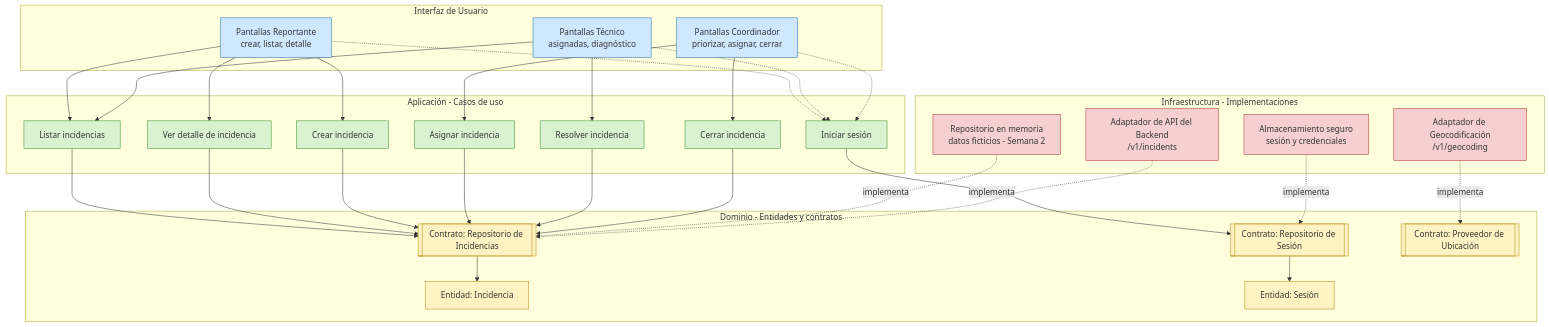
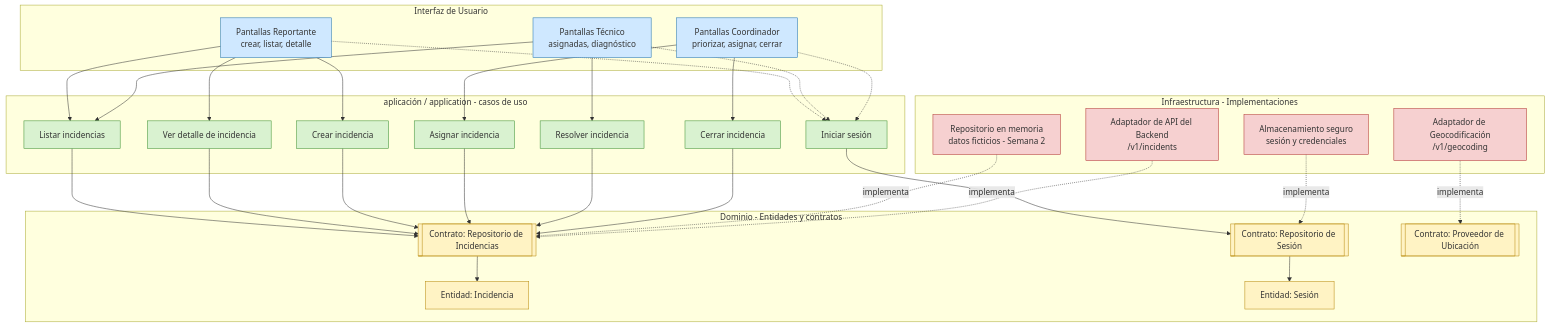
One commit to Axel-Ventura/CampusOps changed the diagram in docs/architecture.mmd. Above: the diagram before and after it, drawn with Mermaid.

Commit message:
docs(week-02): align architecture diagram with evaluator

```diff
--- a/docs/architecture.mmd
+++ b/docs/architecture.mmd
@@ -1,68 +1,68 @@
 flowchart TD
     subgraph UI["Interfaz de Usuario"]
         UI_Reportante["Pantallas Reportante<br/>crear, listar, detalle"]
         UI_Tecnico["Pantallas Técnico<br/>asignadas, diagnóstico"]
         UI_Coordinador["Pantallas Coordinador<br/>priorizar, asignar, cerrar"]
     end
 
-    subgraph APP["Aplicación - Casos de uso"]
+    subgraph app["aplicación / application - casos de uso"]
         UC_Login["Iniciar sesión"]
         UC_ListIncidents["Listar incidencias"]
         UC_GetIncidentDetail["Ver detalle de incidencia"]
         UC_CreateIncident["Crear incidencia"]
         UC_AssignIncident["Asignar incidencia"]
         UC_ResolveIncident["Resolver incidencia"]
         UC_CloseIncident["Cerrar incidencia"]
     end
 
     subgraph DOMAIN["Dominio - Entidades y contratos"]
         E_Incident["Entidad: Incidencia"]
         E_Session["Entidad: Sesión"]
         C_IncidentRepo[["Contrato: Repositorio de Incidencias"]]
         C_SessionRepo[["Contrato: Repositorio de Sesión"]]
         C_LocationProvider[["Contrato: Proveedor de Ubicación"]]
     end
 
     subgraph INFRA["Infraestructura - Implementaciones"]
         Impl_InMemory["Repositorio en memoria<br/>datos ficticios - Semana 2"]
         Impl_BackendApi["Adaptador de API del Backend<br/>/v1/incidents"]
         Impl_Geocoding["Adaptador de Geocodificación<br/>/v1/geocoding"]
         Impl_SecureStore["Almacenamiento seguro<br/>sesión y credenciales"]
     end
 
     UI_Reportante --> UC_CreateIncident
     UI_Reportante --> UC_ListIncidents
     UI_Reportante --> UC_GetIncidentDetail
     UI_Tecnico --> UC_ListIncidents
     UI_Tecnico --> UC_ResolveIncident
     UI_Coordinador --> UC_AssignIncident
     UI_Coordinador --> UC_CloseIncident
     UI_Reportante -.-> UC_Login
     UI_Tecnico -.-> UC_Login
     UI_Coordinador -.-> UC_Login
 
     UC_ListIncidents --> C_IncidentRepo
     UC_GetIncidentDetail --> C_IncidentRepo
     UC_CreateIncident --> C_IncidentRepo
     UC_AssignIncident --> C_IncidentRepo
     UC_ResolveIncident --> C_IncidentRepo
     UC_CloseIncident --> C_IncidentRepo
     UC_Login --> C_SessionRepo
 
     C_IncidentRepo --> E_Incident
     C_SessionRepo --> E_Session
 
     Impl_InMemory -. implementa .-> C_IncidentRepo
     Impl_BackendApi -. implementa .-> C_IncidentRepo
     Impl_Geocoding -. implementa .-> C_LocationProvider
     Impl_SecureStore -. implementa .-> C_SessionRepo
 
     classDef ui fill:#cfe8ff,stroke:#1c6fb0
     classDef app fill:#d9f2d0,stroke:#3a8f2f
     classDef domain fill:#fff3c4,stroke:#b8890a
     classDef infra fill:#f6d0d0,stroke:#b02e2e
 
     class UI_Reportante,UI_Tecnico,UI_Coordinador ui
     class UC_Login,UC_ListIncidents,UC_GetIncidentDetail,UC_CreateIncident,UC_AssignIncident,UC_ResolveIncident,UC_CloseIncident app
     class E_Incident,E_Session,C_IncidentRepo,C_SessionRepo,C_LocationProvider domain
     class Impl_InMemory,Impl_BackendApi,Impl_Geocoding,Impl_SecureStore infra
```
